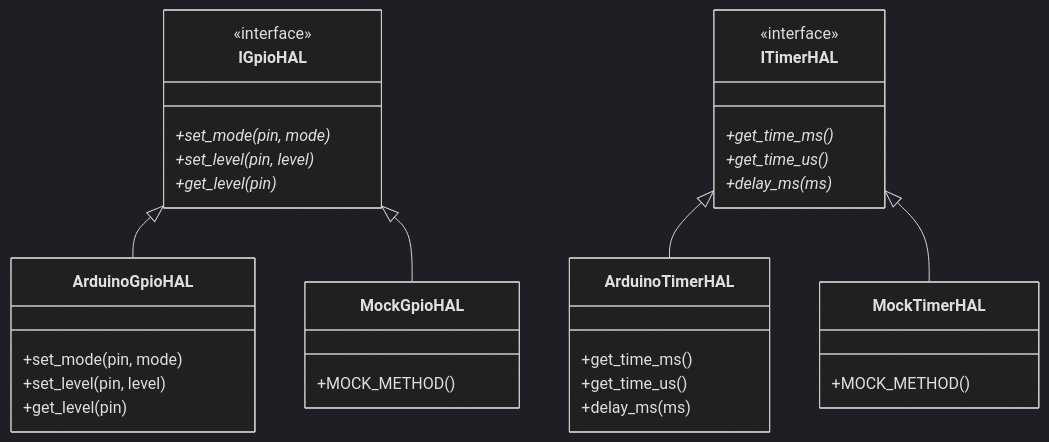
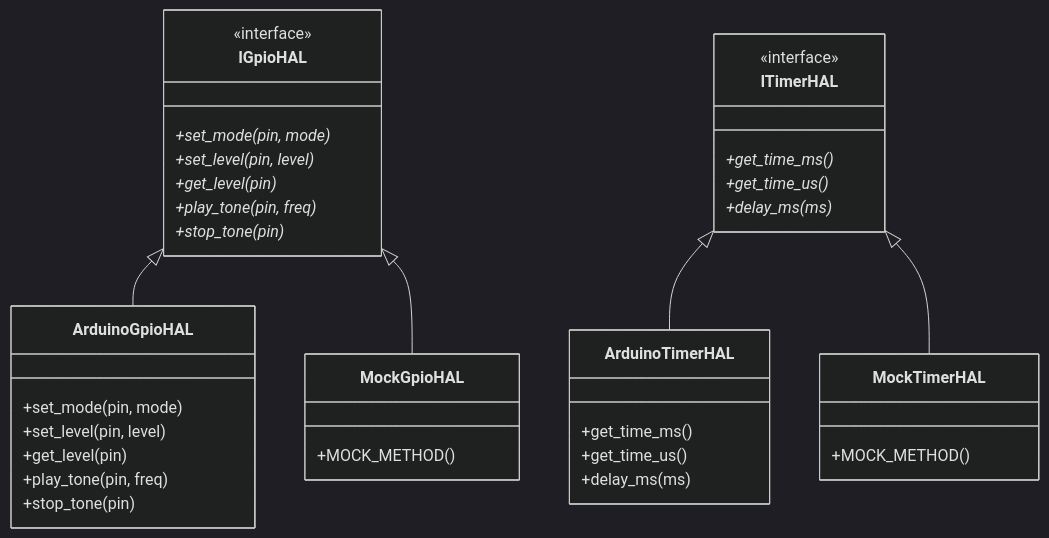
Before and after one commit to aluiziotomazelli/washing-machine: the first of 3 diagrams in docs/case-study.md, drawn with Mermaid (dark theme). The commit also changed other lines of this file and 1 other file, not shown here.

````diff
--- a/docs/case-study.md
+++ b/docs/case-study.md
@@ -64,36 +65,40 @@
 ```mermaid
 classDiagram
     class IGpioHAL {
         <<interface>>
         +set_mode(pin, mode)*
         +set_level(pin, level)*
         +get_level(pin)*
+        +play_tone(pin, freq)*
+        +stop_tone(pin)*
     }
     class ITimerHAL {
         <<interface>>
         +get_time_ms()*
         +get_time_us()*
         +delay_ms(ms)*
     }
     class ArduinoGpioHAL {
         +set_mode(pin, mode)
         +set_level(pin, level)
         +get_level(pin)
+        +play_tone(pin, freq)
+        +stop_tone(pin)
     }
     class ArduinoTimerHAL {
         +get_time_ms()
         +get_time_us()
         +delay_ms(ms)
     }
     class MockGpioHAL {
         +MOCK_METHOD()
     }
     class MockTimerHAL {
         +MOCK_METHOD()
     }
     
     IGpioHAL <|-- ArduinoGpioHAL
     IGpioHAL <|-- MockGpioHAL
     ITimerHAL <|-- ArduinoTimerHAL
     ITimerHAL <|-- MockTimerHAL
 ```
````
